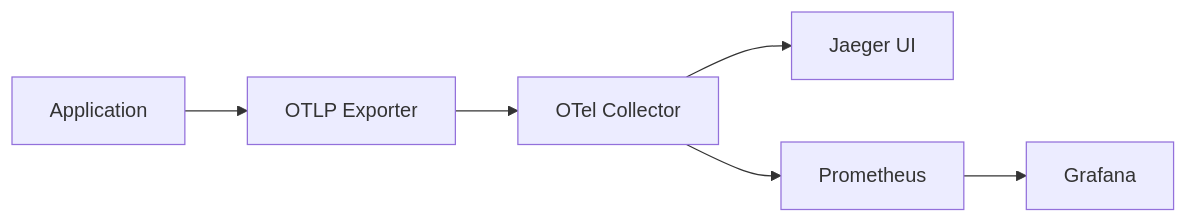
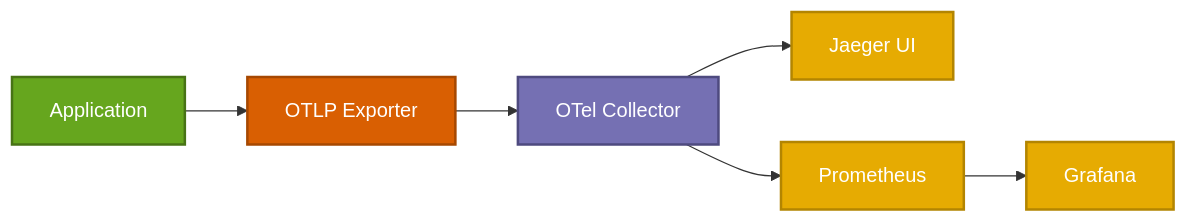
One commit to vishnu2kmohan/mcp-server-langgraph changed the sixth of 10 diagrams in docs/getting-started/architecture.mdx. Above: the diagram before and after it, drawn with Mermaid. The commit also changed other lines of this file and 9 other files, not shown here.

First line of the commit message:
style: apply ColorBrewer2 Dark2 palette to all remaining diagrams

````diff
--- a/docs/getting-started/architecture.mdx
+++ b/docs/getting-started/architecture.mdx
@@ -422,8 +467,19 @@
     ```mermaid
     graph LR
         App[Application] --> Exporter[OTLP Exporter]
         Exporter --> Collector[OTel Collector]
         Collector --> Jaeger[Jaeger UI]
         Collector --> Prometheus[Prometheus]
         Prometheus --> Grafana[Grafana]
+
+        %% ColorBrewer2 Dark2 palette styling
+        classDef appStyle fill:#66a61e,stroke:#477315,stroke-width:2px,color:#fff
+        classDef exporterStyle fill:#d95f02,stroke:#a64801,stroke-width:2px,color:#fff
+        classDef collectorStyle fill:#7570b3,stroke:#4e4a7f,stroke-width:2px,color:#fff
+        classDef backendStyle fill:#e6ab02,stroke:#b38501,stroke-width:2px,color:#fff
+
+        class App appStyle
+        class Exporter exporterStyle
+        class Collector collectorStyle
+        class Jaeger,Prometheus,Grafana backendStyle
     ```
````
